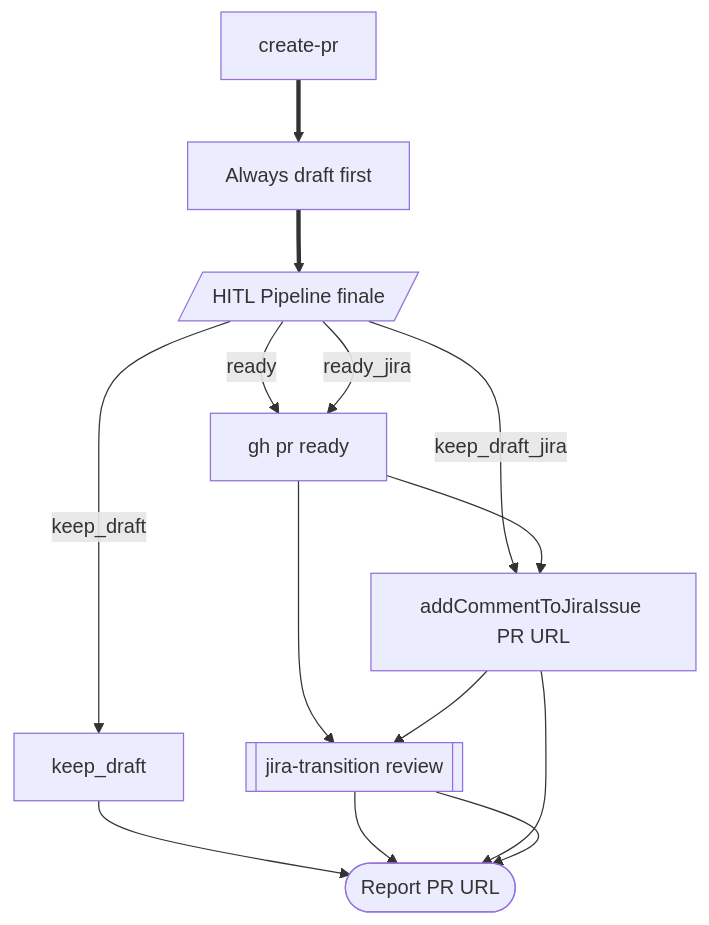
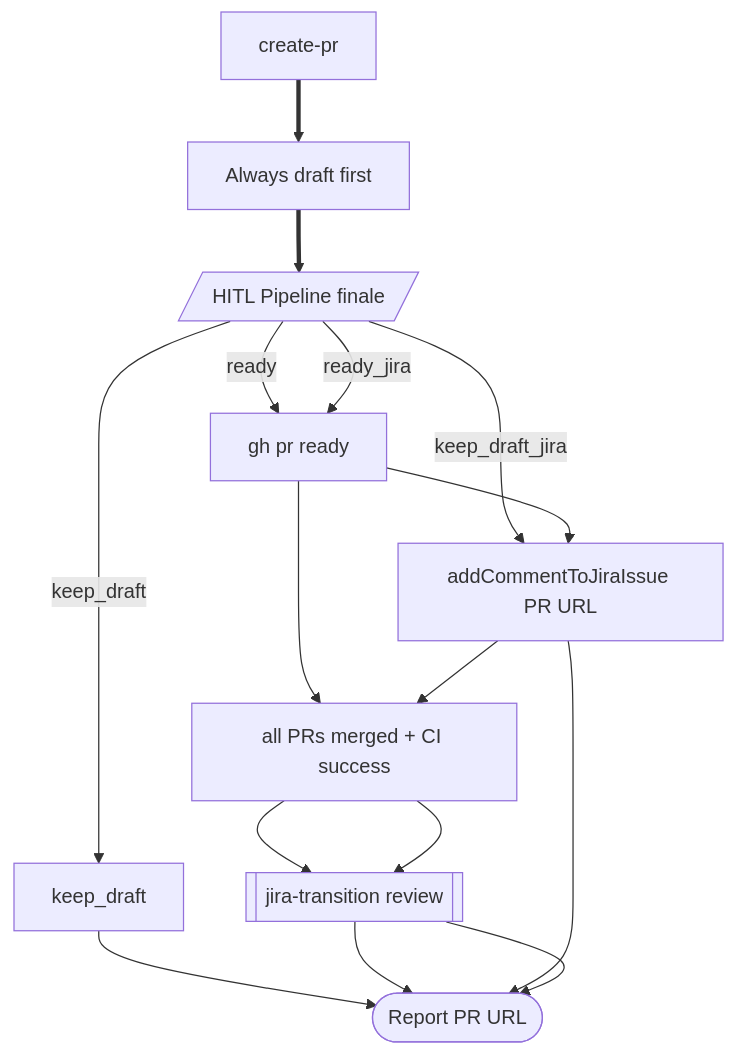
Diagram 13 of 13 in docs/superpowers/pipeline-flow.md (a-trembak/cursor-spells), drawn with Mermaid before and after one commit. The commit also changed other lines of this file and 14 other files, not shown here.

First line of the commit message:
fix(jira): move Review transition to merge and CI success

````diff
--- a/docs/superpowers/pipeline-flow.md
+++ b/docs/superpowers/pipeline-flow.md
@@ -529,17 +529,18 @@
 ```mermaid
 flowchart TD
   startPr["create-pr"]
   draft["Always draft first"]
   hitl[/"HITL Pipeline finale"/]
   keep["keep_draft"]
   ready["gh pr ready"]
   jiraC["addCommentToJiraIssue PR URL"]
+  waitMerge["all PRs merged + CI success"]
   jiraRev[["jira-transition review"]]
   done(["Report PR URL"])
 
   startPr ==> draft ==> hitl
   hitl -->|"keep_draft"| keep --> done
-  hitl -->|"ready"| ready --> jiraRev --> done
+  hitl -->|"ready"| ready --> waitMerge --> jiraRev --> done
   hitl -->|"keep_draft_jira"| jiraC --> done
-  hitl -->|"ready_jira"| ready --> jiraC --> jiraRev --> done
+  hitl -->|"ready_jira"| ready --> jiraC --> waitMerge --> jiraRev --> done
 ```
````
